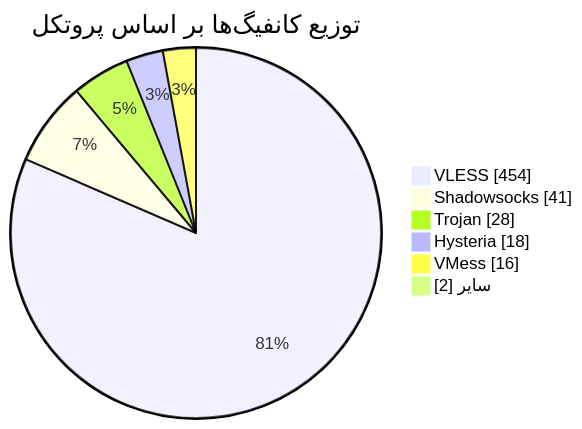
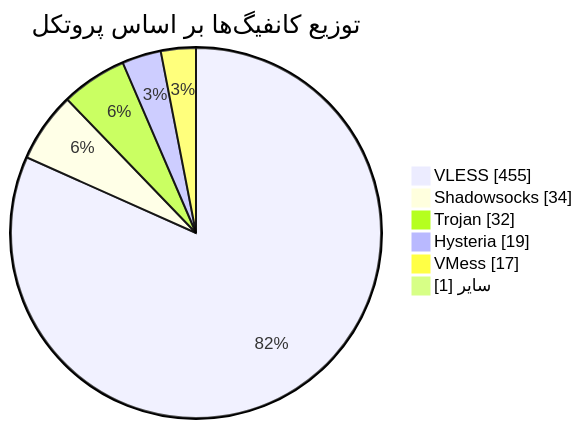
Before and after one commit to Arian-Alijani/Somthing: the diagram in README.md, drawn with Mermaid. The commit also changed other lines of this file and 77 other files, not shown here.

````diff
--- a/README.md
+++ b/README.md
@@ -48,10 +48,10 @@
 ```mermaid
 pie showData
     title توزیع کانفیگ‌ها بر اساس پروتکل
-    "VLESS" : 454
-    "Shadowsocks" : 41
-    "Trojan" : 28
-    "Hysteria" : 18
-    "VMess" : 16
-    "سایر" : 2
+    "VLESS" : 455
+    "Shadowsocks" : 34
+    "Trojan" : 32
+    "Hysteria" : 19
+    "VMess" : 17
+    "سایر" : 1
 ```
````
